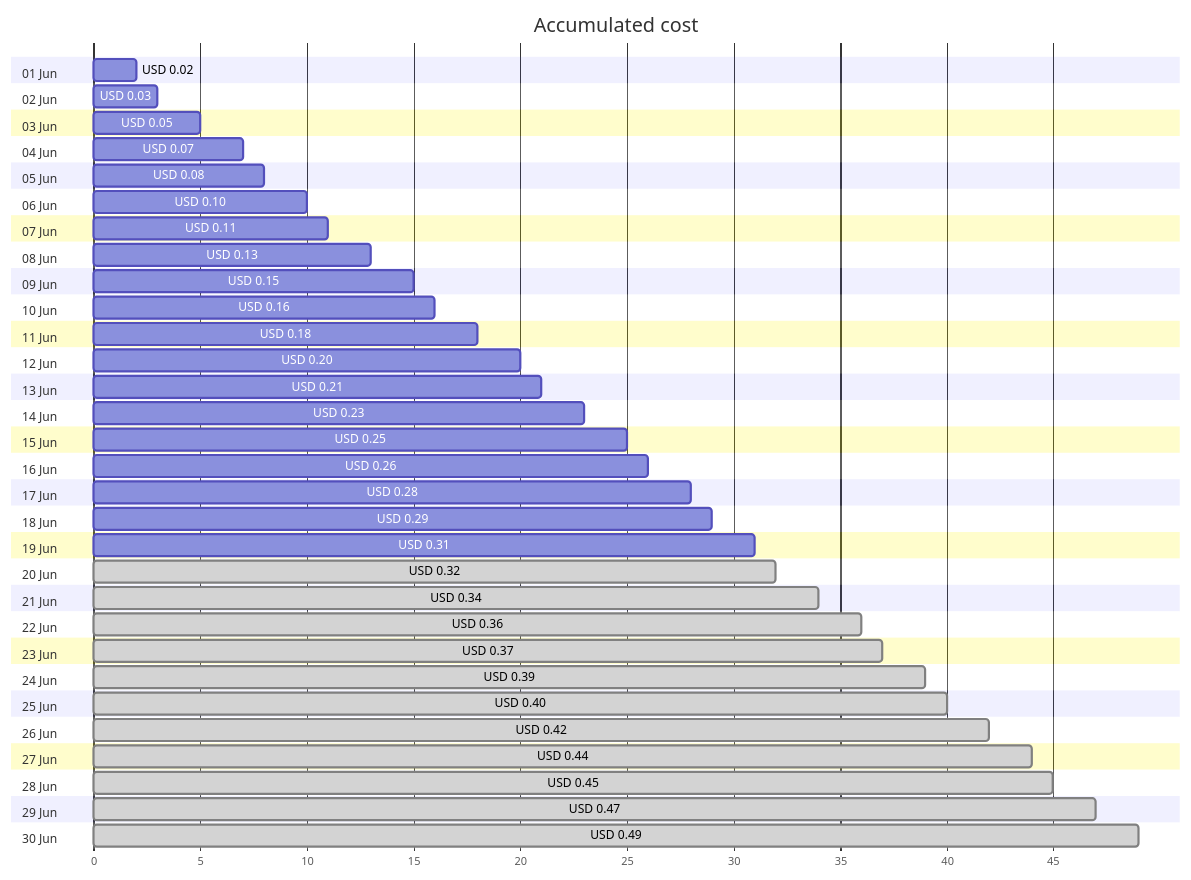
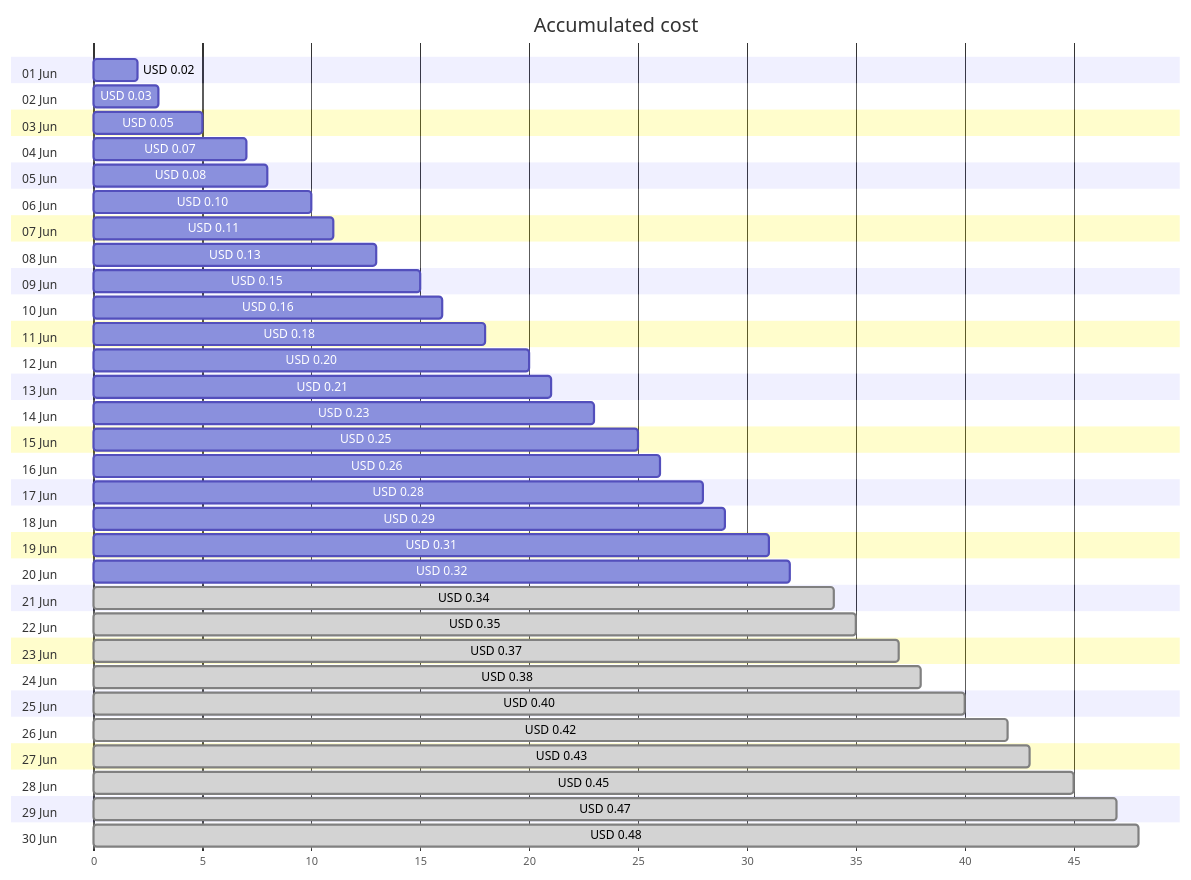
Before and after one commit to jpfulton/azure-personal-reports: the first of 4 diagrams in cost-reports/personal-dns/jpatrickfulton.com.md, drawn with Mermaid. The commit also changed other lines of this file and 2 other files, not shown here.

````diff
--- a/cost-reports/personal-dns/jpatrickfulton.com.md
+++ b/cost-reports/personal-dns/jpatrickfulton.com.md
@@ -20,66 +20,66 @@
 ```mermaid
 gantt
    title Accumulated cost
    dateFormat  X
    axisFormat %s
    section 01 Jun
    USD 0.02 :0, 2
    section 02 Jun
    USD 0.03 :0, 3
    section 03 Jun
    USD 0.05 :0, 5
    section 04 Jun
    USD 0.07 :0, 7
    section 05 Jun
    USD 0.08 :0, 8
    section 06 Jun
    USD 0.10 :0, 10
    section 07 Jun
    USD 0.11 :0, 11
    section 08 Jun
    USD 0.13 :0, 13
    section 09 Jun
    USD 0.15 :0, 15
    section 10 Jun
    USD 0.16 :0, 16
    section 11 Jun
    USD 0.18 :0, 18
    section 12 Jun
    USD 0.20 :0, 20
    section 13 Jun
    USD 0.21 :0, 21
    section 14 Jun
    USD 0.23 :0, 23
    section 15 Jun
    USD 0.25 :0, 25
    section 16 Jun
    USD 0.26 :0, 26
    section 17 Jun
    USD 0.28 :0, 28
    section 18 Jun
    USD 0.29 :0, 29
    section 19 Jun
    USD 0.31 :0, 31
    section 20 Jun
-   USD 0.32 : done, 0, 32
+   USD 0.32 :0, 32
    section 21 Jun
    USD 0.34 : done, 0, 34
    section 22 Jun
-   USD 0.36 : done, 0, 36
+   USD 0.35 : done, 0, 35
    section 23 Jun
    USD 0.37 : done, 0, 37
    section 24 Jun
-   USD 0.39 : done, 0, 39
+   USD 0.38 : done, 0, 38
    section 25 Jun
    USD 0.40 : done, 0, 40
    section 26 Jun
    USD 0.42 : done, 0, 42
    section 27 Jun
-   USD 0.44 : done, 0, 44
+   USD 0.43 : done, 0, 43
    section 28 Jun
    USD 0.45 : done, 0, 45
    section 29 Jun
    USD 0.47 : done, 0, 47
    section 30 Jun
-   USD 0.49 : done, 0, 49
+   USD 0.48 : done, 0, 48
 ```
````
